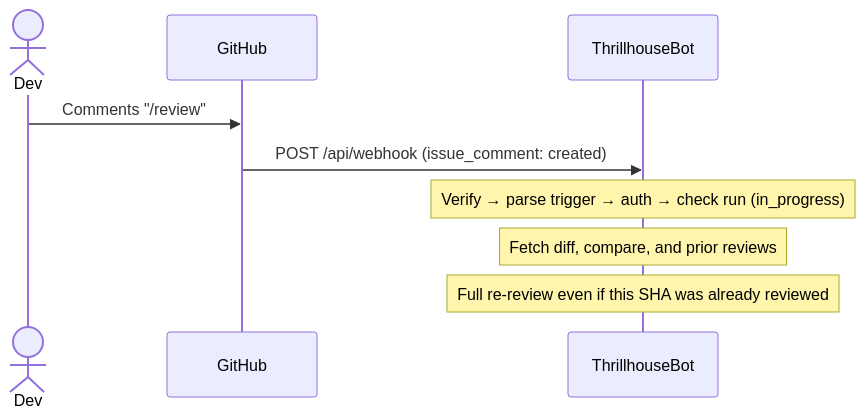
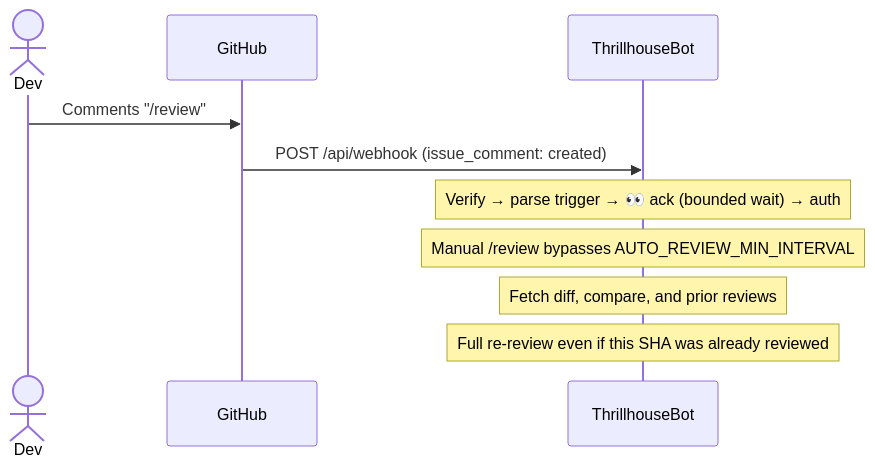
Before and after one commit to devops-thiago/ThrillhouseBot: the fifth of 6 diagrams in docs/ARCHITECTURE.md, drawn with Mermaid. The commit also changed other lines of this file and 2 other files, not shown here.

First line of the commit message:
docs: align CHANGELOG, README, and architecture with v0.4.0 (#365)

````diff
--- a/docs/ARCHITECTURE.md
+++ b/docs/ARCHITECTURE.md
@@ -151,13 +170,14 @@
 ```mermaid
 sequenceDiagram
     actor Dev
     participant GH as GitHub
     participant TB as ThrillhouseBot
 
     Dev->>GH: Comments "/review"
     GH->>TB: POST /api/webhook (issue_comment: created)
 
-    Note over TB: Verify → parse trigger → auth → check run (in_progress)
+    Note over TB: Verify → parse trigger → 👀 ack (bounded wait) → auth
+    Note over TB: Manual /review bypasses AUTO_REVIEW_MIN_INTERVAL
     Note over TB: Fetch diff, compare, and prior reviews
     Note over TB: Full re-review even if this SHA was already reviewed
 ```
````
